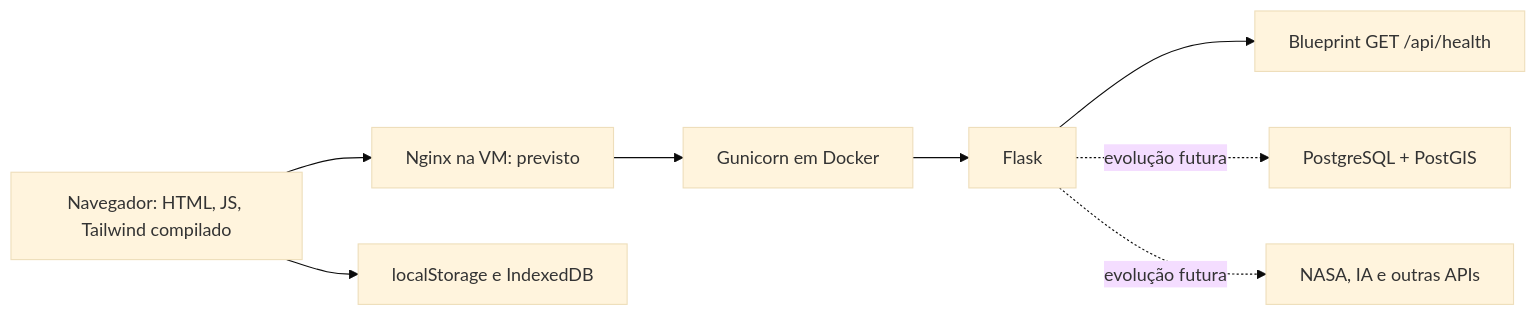
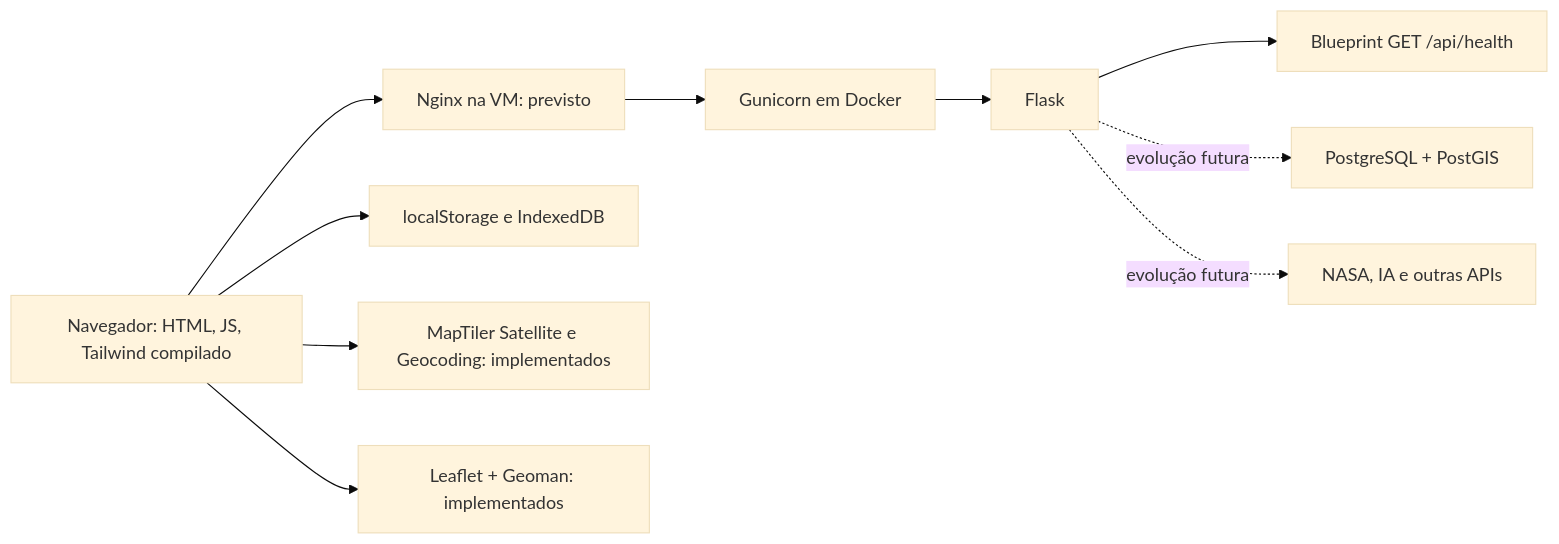
Before and after one commit to sgablopes/spaceinvaders: the diagram in docs/ARCHITECTURE.md, drawn with Mermaid (base theme). The commit also changed other lines of this file and 10 other files, not shown here.

````diff
--- a/docs/ARCHITECTURE.md
+++ b/docs/ARCHITECTURE.md
@@ -3,10 +3,12 @@
 ```mermaid
 flowchart LR
   B[Navegador: HTML, JS, Tailwind compilado] --> N[Nginx na VM: previsto]
   N --> G[Gunicorn em Docker]
   G --> F[Flask]
   F --> H[Blueprint GET /api/health]
   B --> L[localStorage e IndexedDB]
+  B --> M[MapTiler Satellite e Geocoding: implementados]
+  B --> GJ[Leaflet + Geoman: implementados]
   F -. evolução futura .-> P[PostgreSQL + PostGIS]
   F -. evolução futura .-> X[NASA, IA e outras APIs]
 ```
````
